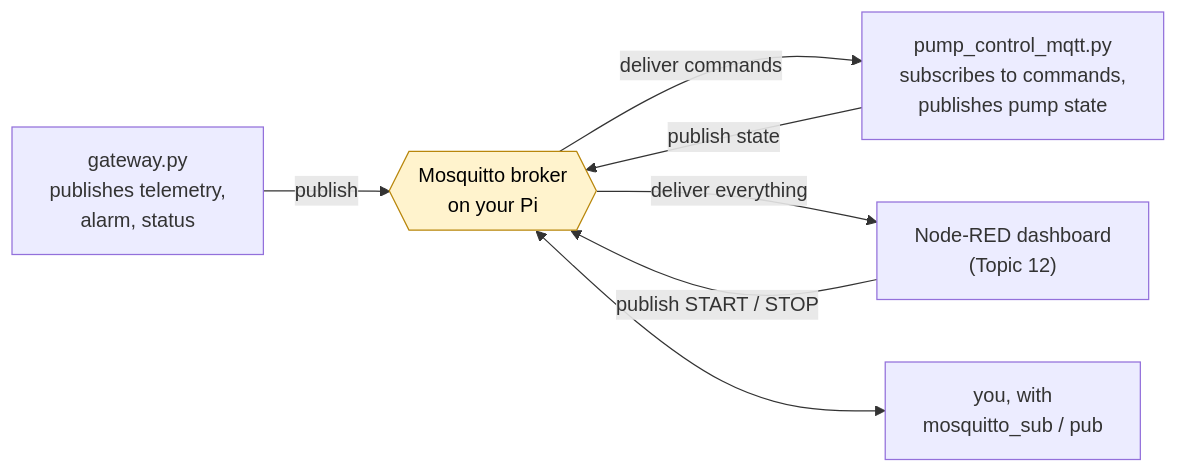
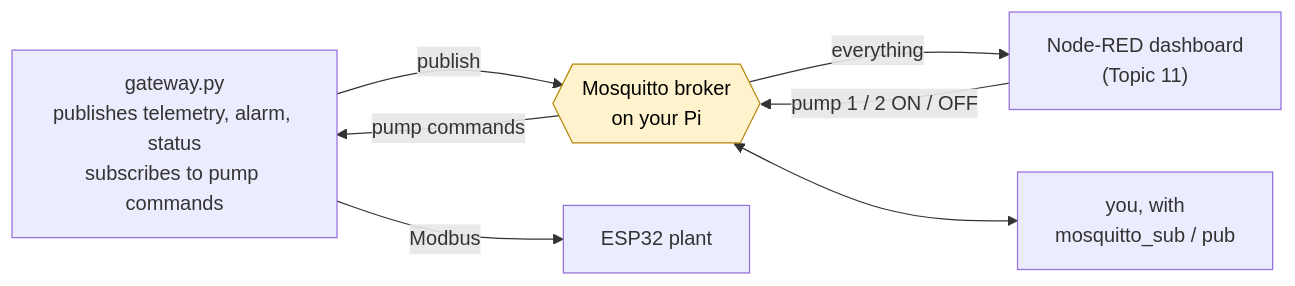
One commit to luqmanyusof/industrial-iot-raspberry-pi changed the fifth of 6 diagrams in day2.md. Above: the diagram before and after it, drawn with Mermaid. The commit also changed other lines of this file and 34 other files, not shown here.

First line of the commit message:
Basic MQTT, Node-RED pump controls built by hand, GPIO basics on Day 1

````diff
--- a/day2.md
+++ b/day2.md
@@ -571,16 +608,16 @@
 ```mermaid
 flowchart LR
-    gw["gateway.py<br/>publishes telemetry,<br/>alarm, status"]
-    pc["pump_control_mqtt.py<br/>subscribes to commands,<br/>publishes pump state"]
+    gw["gateway.py<br/>publishes telemetry, alarm, status<br/>subscribes to pump commands"]
     br{{"Mosquitto broker<br/>on your Pi"}}
-    nr["Node-RED dashboard<br/>(Topic 12)"]
+    nr["Node-RED dashboard<br/>(Topic 11)"]
     you["you, with<br/>mosquitto_sub / pub"]
+    plant["ESP32 plant"]
     gw -- "publish" --> br
-    pc -- "publish state" --> br
-    br -- "deliver commands" --> pc
-    br -- "deliver everything" --> nr
-    nr -- "publish START / STOP" --> br
+    br -- "pump commands" --> gw
+    gw -- "Modbus" --> plant
+    br -- "everything" --> nr
+    nr -- "pump 1 / 2 ON / OFF" --> br
     br <--> you
     classDef b fill:#fff3cd,stroke:#b8860b,color:#000
     class br b
 ```
````
